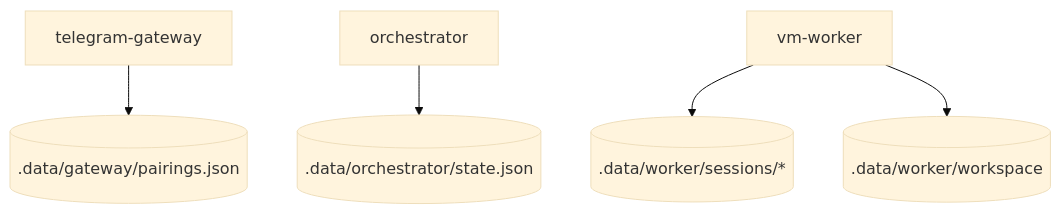
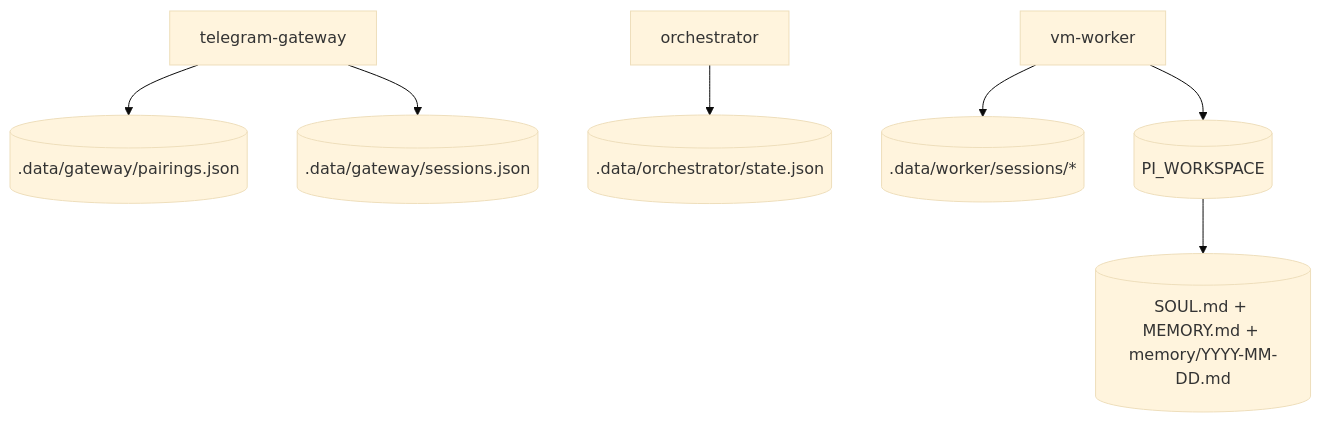
The second of 3 diagrams in docs/ARCHITECTURE.md (acrucetta/butler), drawn with Mermaid (base theme) before and after one commit. The commit also changed other lines of this file and 5 other files, not shown here.

Commit message:
feat(worker): mirror openclaw-style workspace memory wiring

````diff
--- a/docs/ARCHITECTURE.md
+++ b/docs/ARCHITECTURE.md
@@ -36,7 +40,9 @@
 ```mermaid
 flowchart TB
     GW[telegram-gateway] --> PAIR[(.data/gateway/pairings.json)]
+    GW --> SCTX[(.data/gateway/sessions.json)]
     ORCH[orchestrator] --> STATE[(.data/orchestrator/state.json)]
     WORKER[vm-worker] --> SESS[(.data/worker/sessions/*)]
-    WORKER --> WS[(.data/worker/workspace)]
+    WORKER --> WS[(PI_WORKSPACE)]
+    WS --> PMEM[(SOUL.md + MEMORY.md + memory/YYYY-MM-DD.md)]
 ```
````
